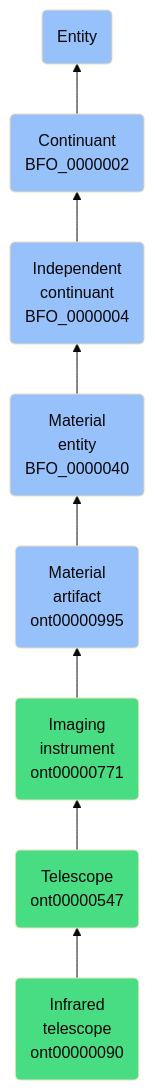
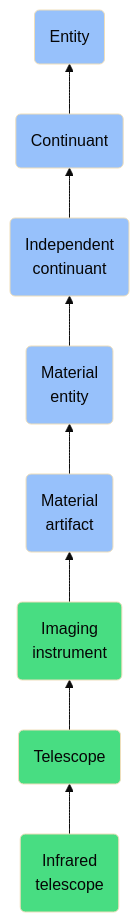
The diagram in docs/ontology/reference/model/Entity/Continuant/Independent continuant/Material entity/Material artifact/Imaging instrument/Telescope/Infrared telescope/Infrared telescope.md (jupyter-naas/abi), drawn with Mermaid (base theme) before and after one commit. The commit also changed other lines of this file and 1430 other files, not shown here.

````diff
--- a/docs/ontology/reference/model/Entity/Continuant/Independent continuant/Material entity/Material artifact/Imaging instrument/Telescope/Infrared telescope/Infrared telescope.md
+++ b/docs/ontology/reference/model/Entity/Continuant/Independent continuant/Material entity/Material artifact/Imaging instrument/Telescope/Infrared telescope/Infrared telescope.md
@@ -24,15 +24,15 @@
 ```mermaid
 graph BT
-    ont00000090(Infrared<br>telescope<br>ont00000090):::ABI-->ont00000547
-    ont00000547(Telescope<br>ont00000547):::ABI-->ont00000771
-    ont00000771(Imaging<br>instrument<br>ont00000771):::ABI-->ont00000995
-    ont00000995(Material<br>artifact<br>ont00000995):::BFO-->BFO_0000040
-    BFO_0000040(Material<br>entity<br>BFO_0000040):::BFO-->BFO_0000004
-    BFO_0000004(Independent<br>continuant<br>BFO_0000004):::BFO-->BFO_0000002
-    BFO_0000002(Continuant<br>BFO_0000002):::BFO-->BFO_0000001
+    ont00000090(Infrared<br>telescope):::ABI-->ont00000547
+    ont00000547(Telescope):::ABI-->ont00000771
+    ont00000771(Imaging<br>instrument):::ABI-->ont00000995
+    ont00000995(Material<br>artifact):::BFO-->BFO_0000040
+    BFO_0000040(Material<br>entity):::BFO-->BFO_0000004
+    BFO_0000004(Independent<br>continuant):::BFO-->BFO_0000002
+    BFO_0000002(Continuant):::BFO-->BFO_0000001
     BFO_0000001(Entity):::BFO
     
     classDef BFO fill:#97c1fb,color:#060606
     classDef CCO fill:#e4c51e,color:#060606
     classDef ABI fill:#48DD82,color:#060606
 ```
````
